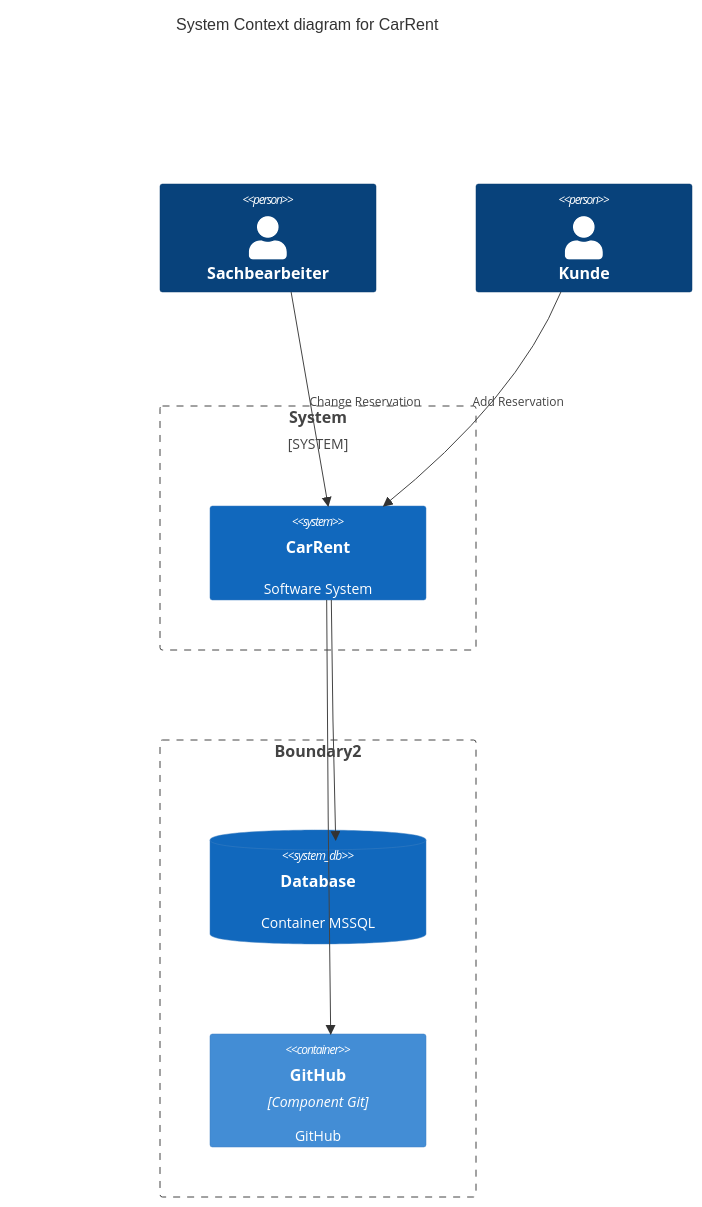
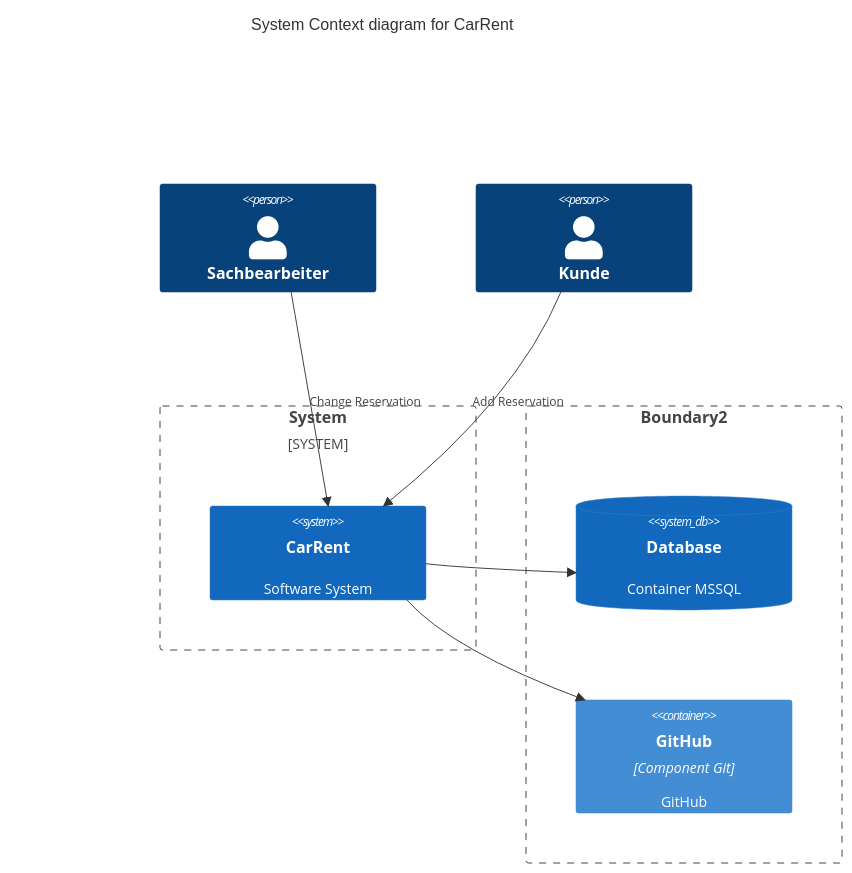
Before and after one commit to tsolenthaler/zbw-sad-carrent2124: the first of 2 diagrams in README.md, drawn with Mermaid.

Commit message:
fix layout boundary

````diff
--- a/README.md
+++ b/README.md
@@ -6,23 +6,23 @@
 ```mermaid
 C4Context
     title System Context diagram for CarRent
 
     Person(Sachbearbeiter, "Sachbearbeiter")
      Person(Kunde, "Kunde")
 
     System_Boundary(b1, "System", "") {
         System(CarRent, "CarRent", "Software System")
     }
 
     Boundary(b2, "Boundary2", "") {
         SystemDb(Database, "Database", "Container MSSQL")
         Container(github, "GitHub", "Component Git", "GitHub")
     }
 
     Rel(Sachbearbeiter, CarRent, "Change Reservation")
     Rel(Kunde, CarRent, "Add Reservation")
     Rel(CarRent, Database, "")
     Rel(CarRent, github, "")
 
-    UpdateLayoutConfig($c4ShapeInRow="2", $c4BoundaryInRow="1")
+    UpdateLayoutConfig($c4ShapeInRow="2", $c4BoundaryInRow="2")
 ```
````
